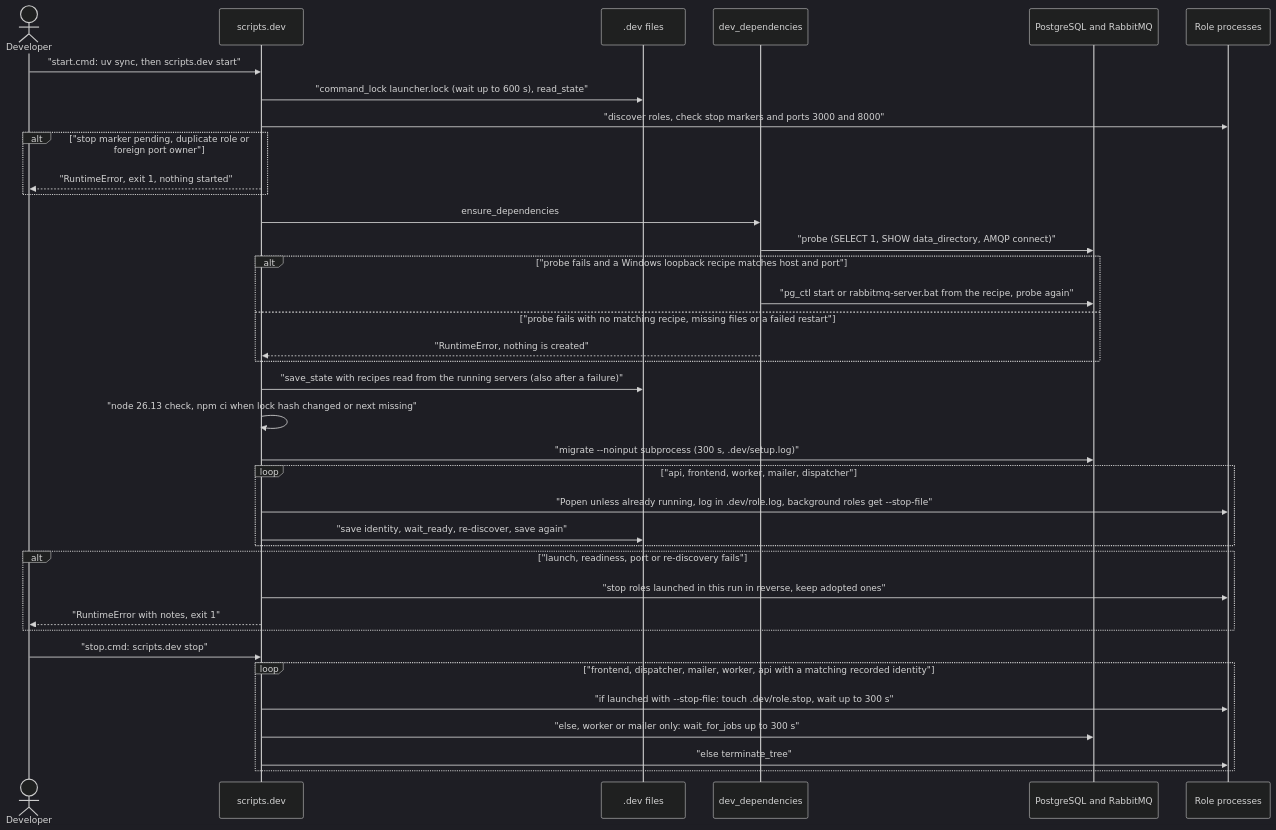
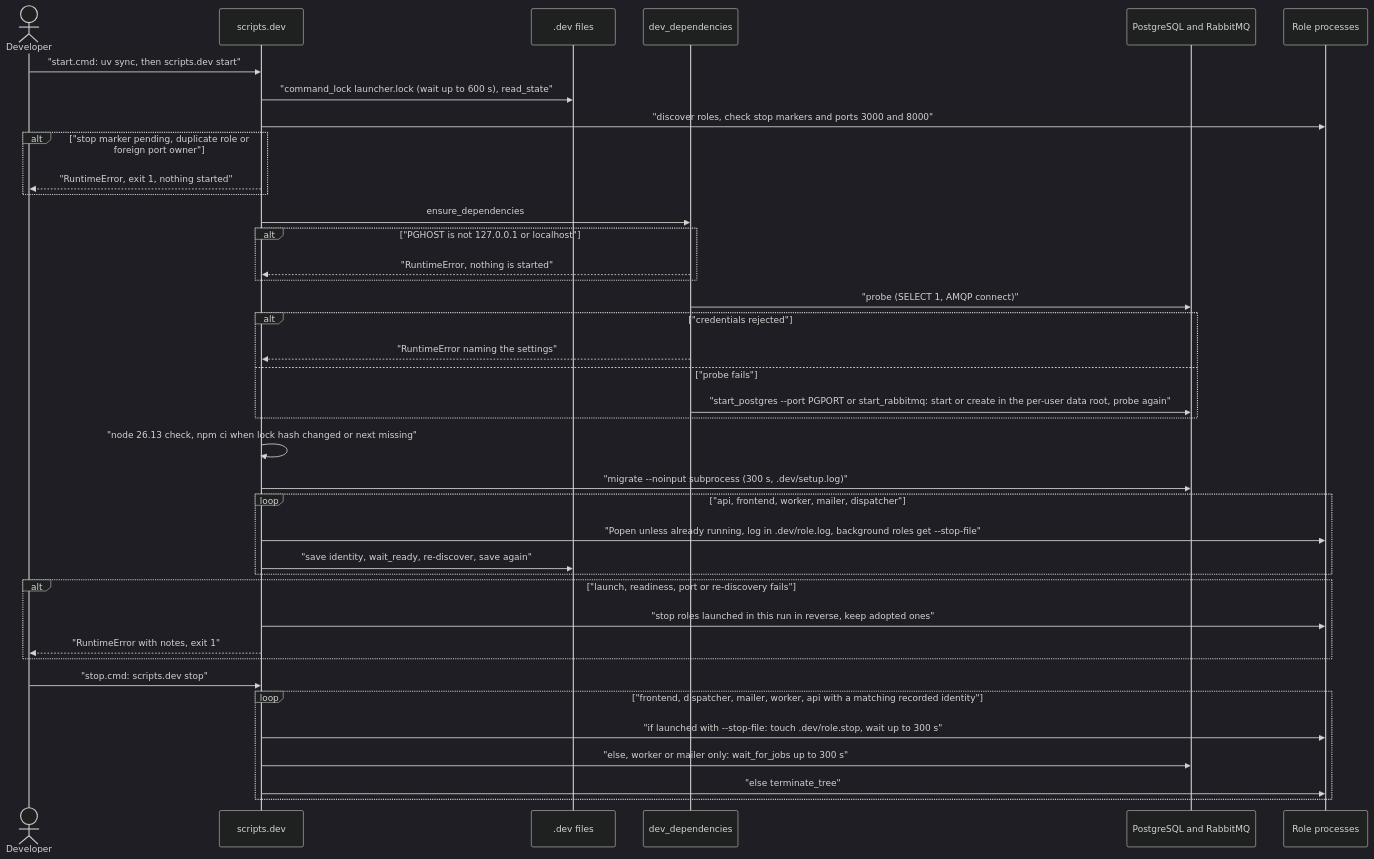
Before and after one commit to erkurtharun/pyracast: the diagram in docs/flows/local-dev-stack.md, drawn with Mermaid (dark theme). The commit also changed other lines of this file and 243 other files, not shown here.

````diff
--- a/docs/flows/local-dev-stack.md
+++ b/docs/flows/local-dev-stack.md
@@ -13,39 +13,41 @@
 ```mermaid
 sequenceDiagram
     actor Dev as Developer
     participant L as scripts.dev
     participant F as .dev files
     participant D as dev_dependencies
     participant X as PostgreSQL and RabbitMQ
     participant R as Role processes
     Dev->>L: "start.cmd: uv sync, then scripts.dev start"
     L->>F: "command_lock launcher.lock (wait up to 600 s), read_state"
     L->>R: "discover roles, check stop markers and ports 3000 and 8000"
     alt "stop marker pending, duplicate role or foreign port owner"
         L-->>Dev: "RuntimeError, exit 1, nothing started"
     end
     L->>D: ensure_dependencies
-    D->>X: "probe (SELECT 1, SHOW data_directory, AMQP connect)"
-    alt "probe fails and a Windows loopback recipe matches host and port"
-        D->>X: "pg_ctl start or rabbitmq-server.bat from the recipe, probe again"
-    else "probe fails with no matching recipe, missing files or a failed restart"
-        D-->>L: "RuntimeError, nothing is created"
+    alt "PGHOST is not 127.0.0.1 or localhost"
+        D-->>L: "RuntimeError, nothing is started"
     end
-    L->>F: "save_state with recipes read from the running servers (also after a failure)"
+    D->>X: "probe (SELECT 1, AMQP connect)"
+    alt "credentials rejected"
+        D-->>L: "RuntimeError naming the settings"
+    else "probe fails"
+        D->>X: "start_postgres --port PGPORT or start_rabbitmq: start or create in the per-user data root, probe again"
+    end
     L->>L: "node 26.13 check, npm ci when lock hash changed or next missing"
     L->>X: "migrate --noinput subprocess (300 s, .dev/setup.log)"
     loop "api, frontend, worker, mailer, dispatcher"
         L->>R: "Popen unless already running, log in .dev/role.log, background roles get --stop-file"
         L->>F: "save identity, wait_ready, re-discover, save again"
     end
     alt "launch, readiness, port or re-discovery fails"
         L->>R: "stop roles launched in this run in reverse, keep adopted ones"
         L-->>Dev: "RuntimeError with notes, exit 1"
     end
     Dev->>L: "stop.cmd: scripts.dev stop"
     loop "frontend, dispatcher, mailer, worker, api with a matching recorded identity"
         L->>R: "if launched with --stop-file: touch .dev/role.stop, wait up to 300 s"
         L->>X: "else, worker or mailer only: wait_for_jobs up to 300 s"
         L->>R: "else terminate_tree"
     end
 ```
````
